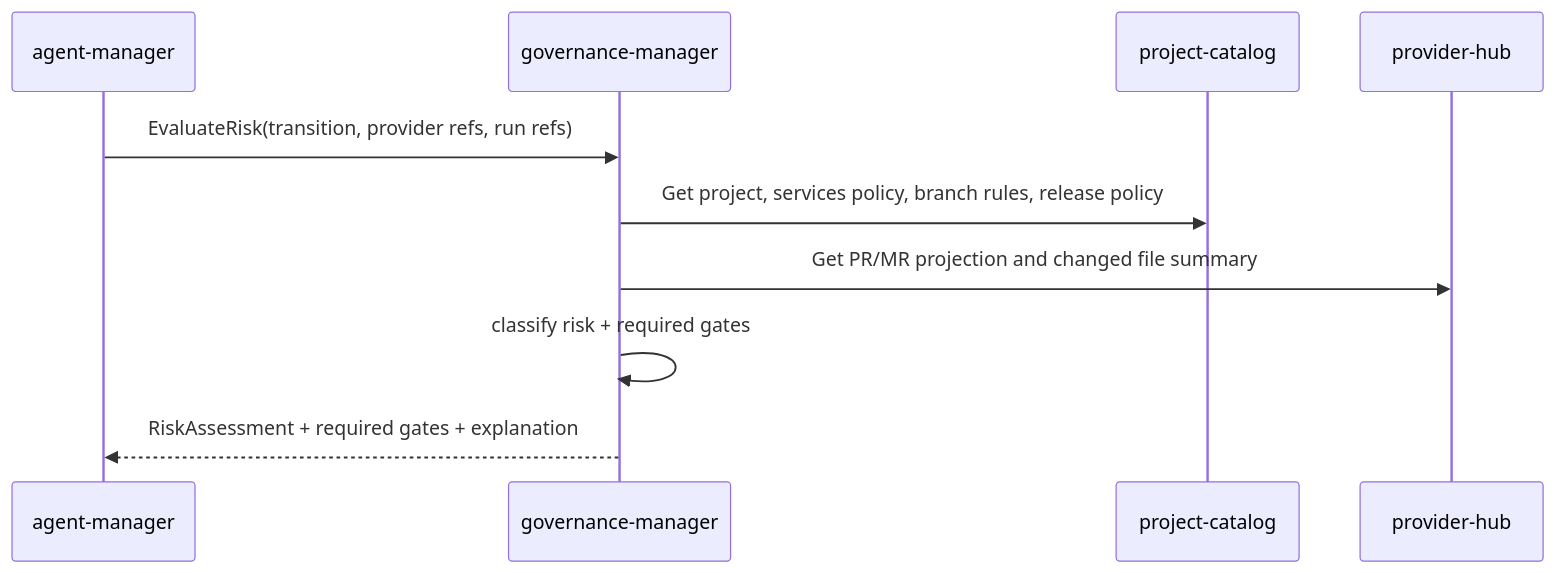
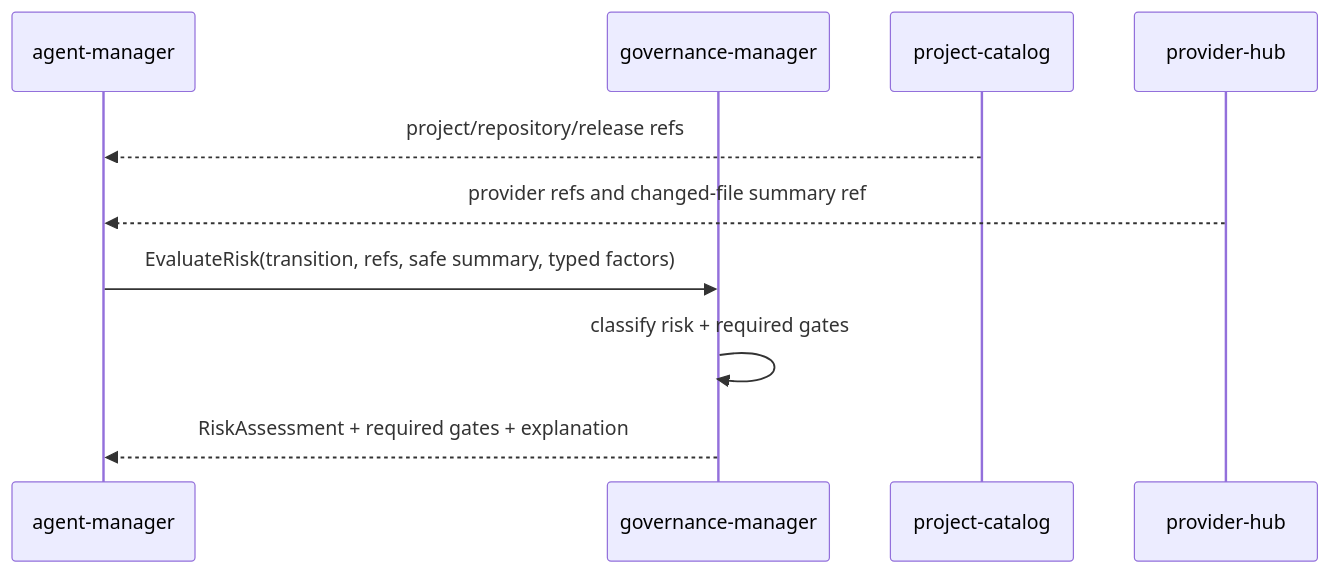
Before and after one commit to codex-k8s/kodex: the first of 4 diagrams in docs/domains/risk-and-release-governance/architecture/design.md, drawn with Mermaid. The commit also changed other lines of this file and 29 other files, not shown here.

````diff
--- a/docs/domains/risk-and-release-governance/architecture/design.md
+++ b/docs/domains/risk-and-release-governance/architecture/design.md
@@ -74,12 +74,12 @@
 ```mermaid
 sequenceDiagram
   participant AM as agent-manager
   participant GOV as governance-manager
   participant PC as project-catalog
   participant PH as provider-hub
-  AM->>GOV: EvaluateRisk(transition, provider refs, run refs)
-  GOV->>PC: Get project, services policy, branch rules, release policy
-  GOV->>PH: Get PR/MR projection and changed file summary
+  PC-->>AM: project/repository/release refs
+  PH-->>AM: provider refs and changed-file summary ref
+  AM->>GOV: EvaluateRisk(transition, refs, safe summary, typed factors)
   GOV->>GOV: classify risk + required gates
   GOV-->>AM: RiskAssessment + required gates + explanation
 ```
````
